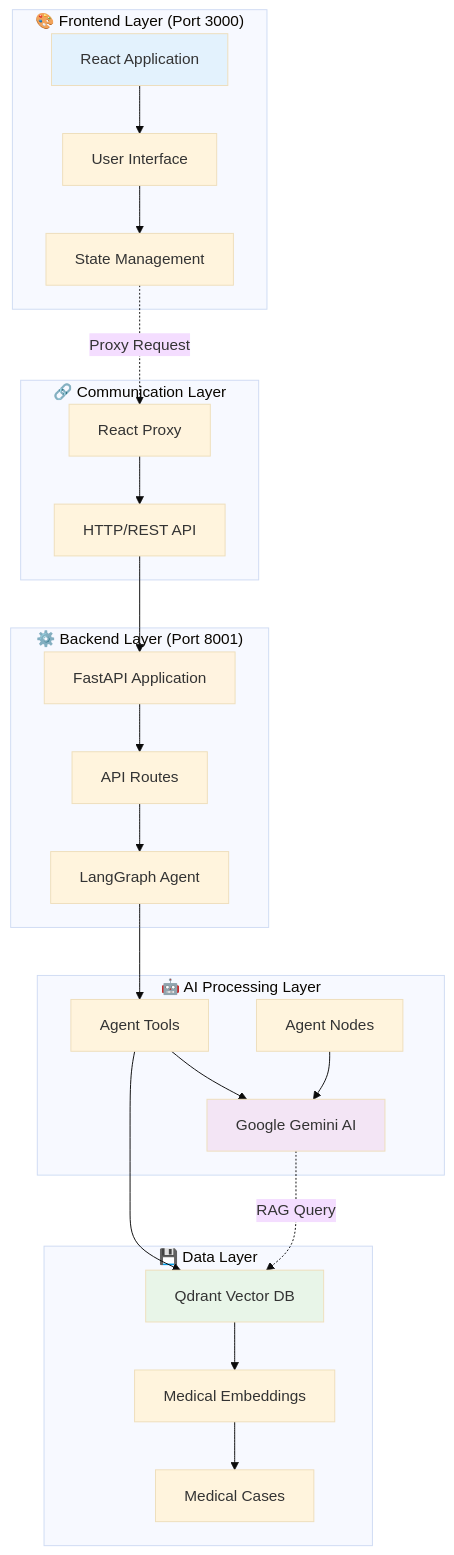
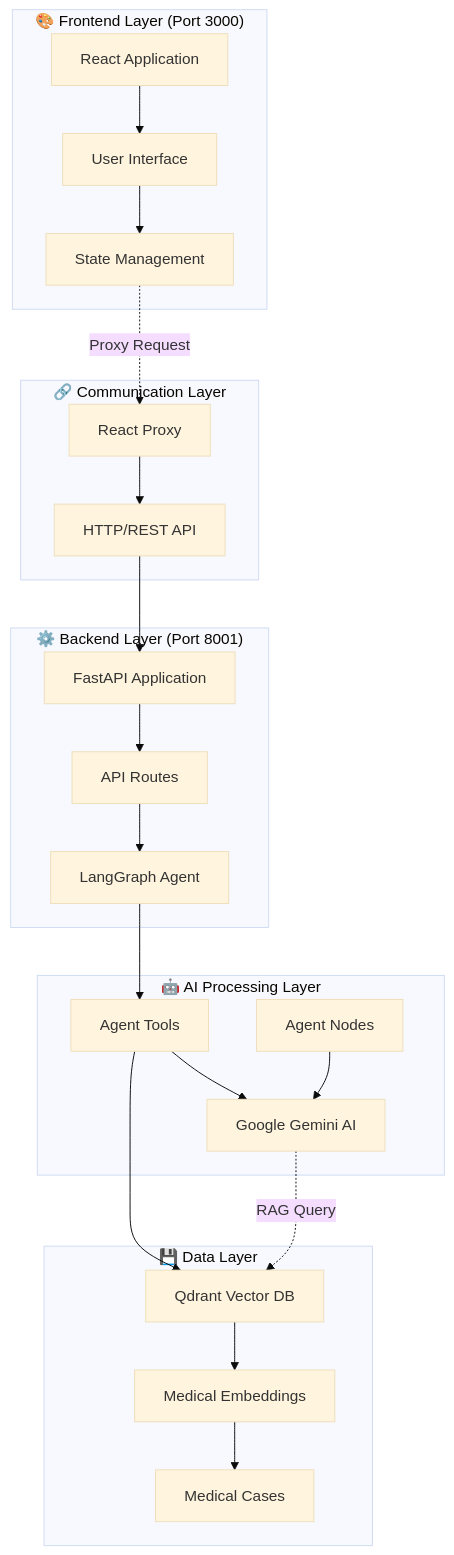
Before and after one commit to syedmozamilshah/HealthVerse: the second of 3 diagrams in README.md, drawn with Mermaid (base theme). The commit also changed other lines of this file, not shown here.

Commit message:
📝 Clean up mermaid diagrams: Remove color styling for simpler look
- Removed all style fills from Application Flow diagram
- Removed all style fills from Technical Architecture diagram
- Kept state diagram clean (no colors were used there)
- Diagrams now have clean, simple appearance while maintaining clarity

````diff
--- a/README.md
+++ b/README.md
@@ -88,51 +83,46 @@
 ```mermaid
 graph TB
     subgraph "🎨 Frontend Layer (Port 3000)"
         FE[React Application]
         UI[User Interface]
         STATE[State Management]
         FE --> UI
         UI --> STATE
     end
     
     subgraph "🔗 Communication Layer"
         PROXY[React Proxy]
         HTTP[HTTP/REST API]
         PROXY --> HTTP
     end
     
     subgraph "⚙️ Backend Layer (Port 8001)"
         API[FastAPI Application]
         ROUTES[API Routes]
         AGENT[LangGraph Agent]
         API --> ROUTES
         ROUTES --> AGENT
     end
     
     subgraph "🤖 AI Processing Layer"
         GEMINI[Google Gemini AI]
         TOOLS[Agent Tools]
         NODES[Agent Nodes]
         AGENT --> TOOLS
         TOOLS --> GEMINI
         NODES --> GEMINI
     end
     
     subgraph "💾 Data Layer"
         QDRANT[Qdrant Vector DB]
         VECTORS[Medical Embeddings]
         CASES[Medical Cases]
         QDRANT --> VECTORS
         VECTORS --> CASES
     end
     
     STATE -.->|Proxy Request| PROXY
     HTTP --> API
     TOOLS --> QDRANT
     GEMINI -.->|RAG Query| QDRANT
-    
-    style FE fill:#e3f2fd
-    style API fill:#fff3e0
-    style GEMINI fill:#f3e5f5
-    style QDRANT fill:#e8f5e8
 ```
````
